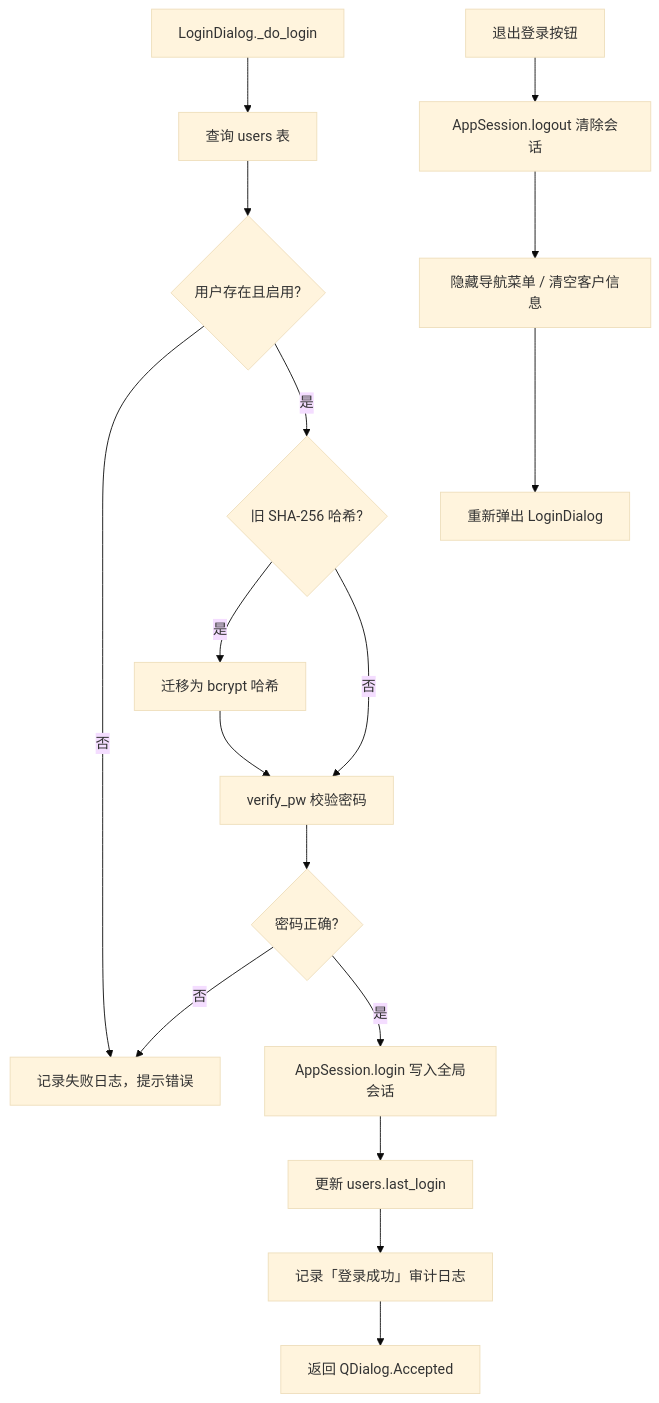
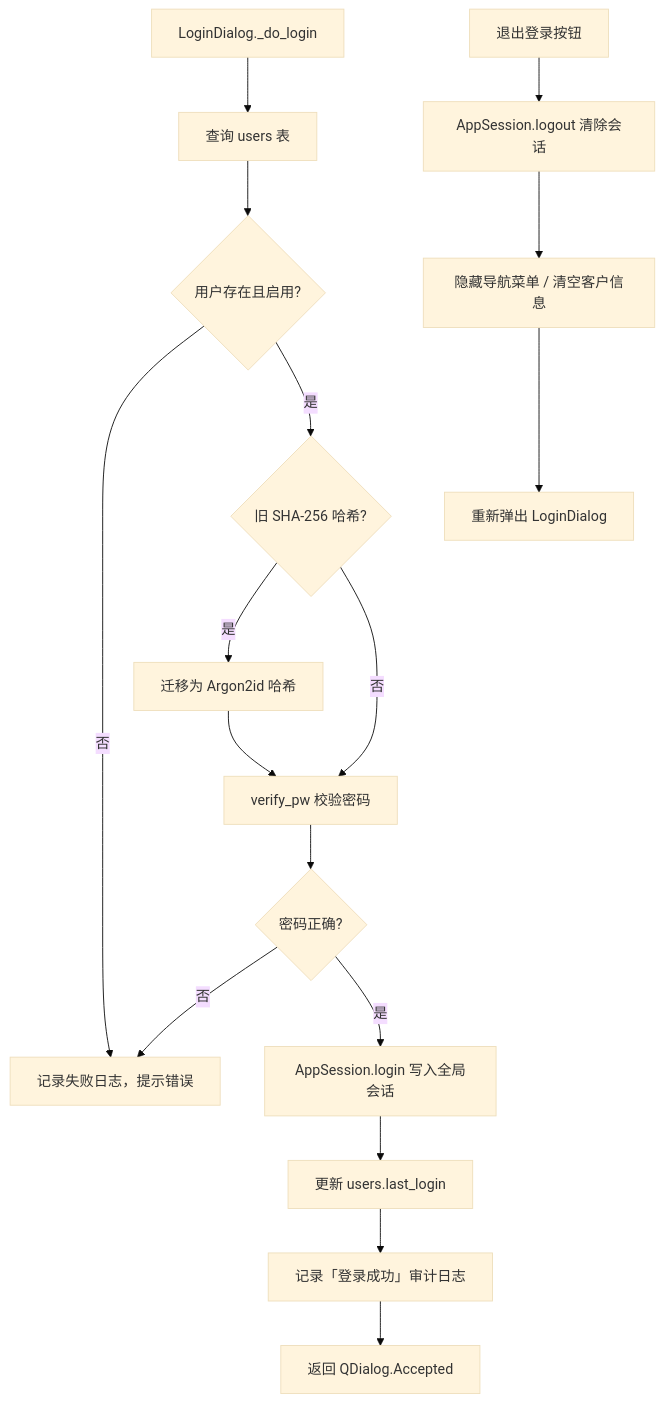
The second of 7 diagrams in WiseLedger_program_flow.md (ufcmmx/Finance-App), drawn with Mermaid (base theme) before and after one commit. The commit also changed 4 other files, not shown here.

````diff
--- a/WiseLedger_program_flow.md
+++ b/WiseLedger_program_flow.md
@@ -40,20 +40,20 @@
 ```mermaid
 flowchart TD
     A[LoginDialog._do_login] --> B[查询 users 表]
     B --> C{用户存在且启用?}
     C -- 否 --> D[记录失败日志，提示错误]
     C -- 是 --> E{旧 SHA-256 哈希?}
-    E -- 是 --> F[迁移为 bcrypt 哈希]
+    E -- 是 --> F[迁移为 Argon2id 哈希]
     F --> G[verify_pw 校验密码]
     E -- 否 --> G
     G --> H{密码正确?}
     H -- 否 --> D
     H -- 是 --> I[AppSession.login 写入全局会话]
     I --> J[更新 users.last_login]
     J --> K[记录「登录成功」审计日志]
     K --> L[返回 QDialog.Accepted]
 
     M[退出登录按钮] --> N[AppSession.logout 清除会话]
     N --> O[隐藏导航菜单 / 清空客户信息]
     O --> P[重新弹出 LoginDialog]
 ```
````
